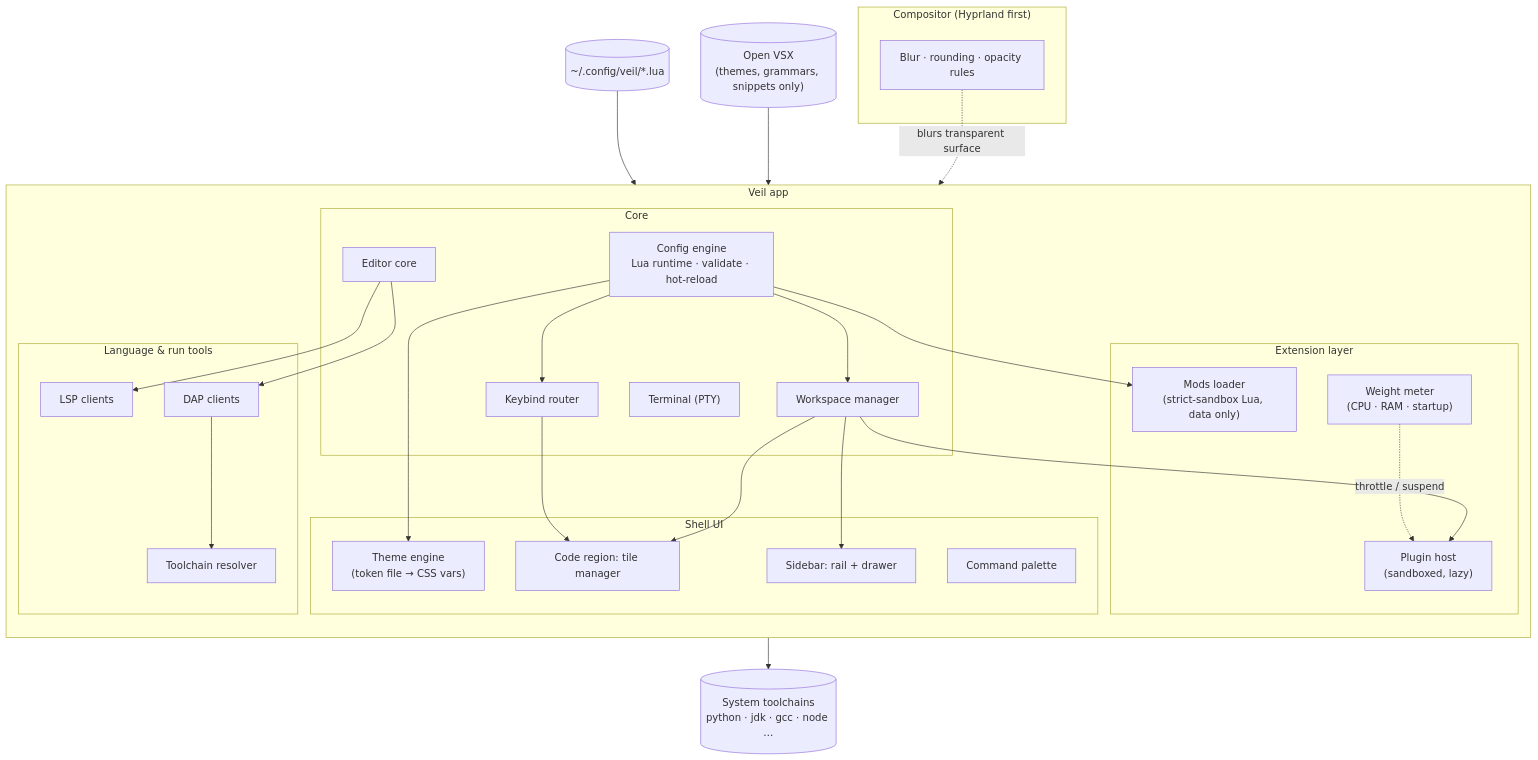
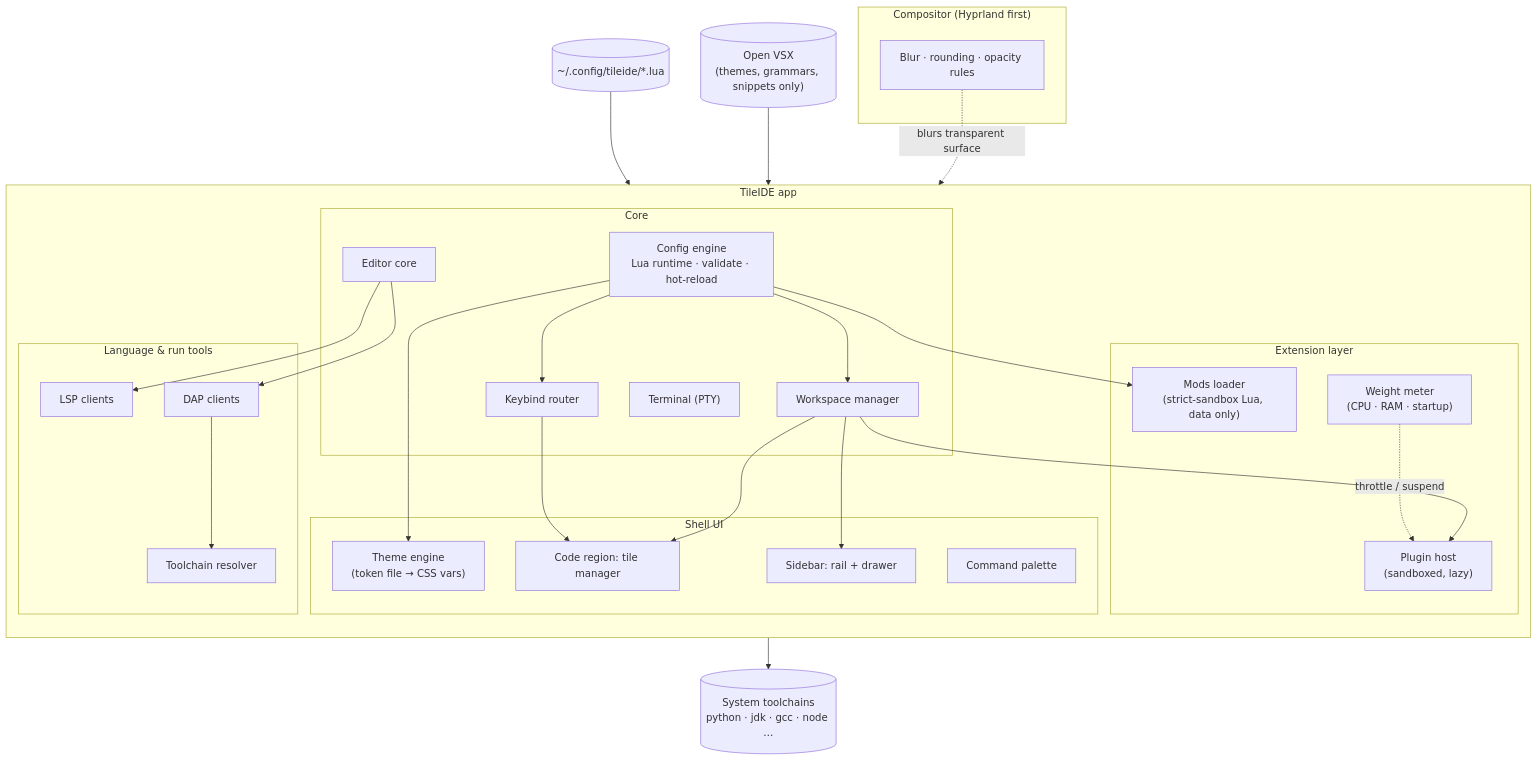
Before and after one commit to fordgarcia/tileIDE: the fifth of 11 diagrams in project_contexts/project_context.md, drawn with Mermaid. The commit also changed other lines of this file and 35 other files, not shown here.

````diff
--- a/project_contexts/project_context.md
+++ b/project_contexts/project_context.md
@@ -157,54 +173,54 @@
 ```mermaid
 flowchart TB
   subgraph COMP["Compositor (Hyprland first)"]
     BLUR["Blur · rounding · opacity rules"]
   end
 
-  subgraph APP["Veil app"]
+  subgraph APP["TileIDE app"]
     direction TB
     subgraph UI["Shell UI"]
       RAIL["Sidebar: rail + drawer"]
       TILES["Code region: tile manager"]
       THEME["Theme engine<br/>(token file → CSS vars)"]
       PAL["Command palette"]
     end
     subgraph CORE["Core"]
       CFG["Config engine<br/>Lua runtime · validate · hot-reload"]
       WSM["Workspace manager"]
       KEYS["Keybind router"]
       EDIT["Editor core"]
       TERM["Terminal (PTY)"]
     end
     subgraph EXT["Extension layer"]
       HOST["Plugin host<br/>(sandboxed, lazy)"]
       MODS["Mods loader<br/>(strict-sandbox Lua, data only)"]
       METER["Weight meter<br/>(CPU · RAM · startup)"]
     end
     subgraph TOOLS["Language & run tools"]
       LSP["LSP clients"]
       DAP["DAP clients"]
       TCR["Toolchain resolver"]
     end
   end
 
   OVSX[("Open VSX<br/>(themes, grammars, snippets only)")]
-  FS[("~/.config/veil/*.lua")]
+  FS[("~/.config/tileide/*.lua")]
   SYS[("System toolchains<br/>python · jdk · gcc · node …")]
 
   BLUR -. "blurs transparent surface" .-> APP
   FS --> CFG
   CFG --> THEME
   CFG --> KEYS
   CFG --> WSM
   CFG --> MODS
   KEYS --> TILES
   WSM --> RAIL
   WSM --> TILES
   OVSX --> MODS
   EDIT --> LSP
   EDIT --> DAP
   TCR --> SYS
   DAP --> TCR
   METER -. "throttle / suspend" .-> HOST
   WSM --> HOST
 ```
````
